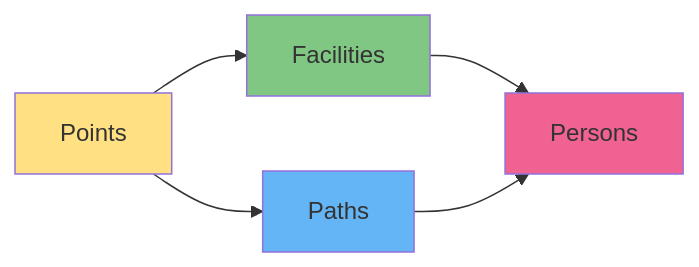
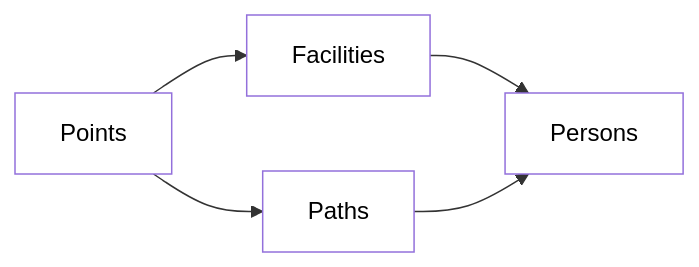
One commit to parksimulator/ParkSimulator2025 changed the second of 2 diagrams in Project/GemeloDigital/Services/Storage/Group05/documentacion.md. Above: the diagram before and after it, drawn with Mermaid. The commit also changed other lines of this file and 1 other file, not shown here.

````diff
--- a/Project/GemeloDigital/Services/Storage/Group05/documentacion.md
+++ b/Project/GemeloDigital/Services/Storage/Group05/documentacion.md
@@ -195,12 +51,12 @@
 ```mermaid
 graph LR
     P[Points] --> F[Facilities]
     P --> PT[Paths]
     F --> PS[Persons]
     PT --> PS
     
-    style P fill:#FFE082
-    style F fill:#81C784
-    style PT fill:#64B5F6
-    style PS fill:#F06292
+    style P fill:#fff,color:#000
+    style F fill:#fff,color:#000
+    style PT fill:#fff,color:#000
+    style PS fill:#fff,color:#000
 ```
````
